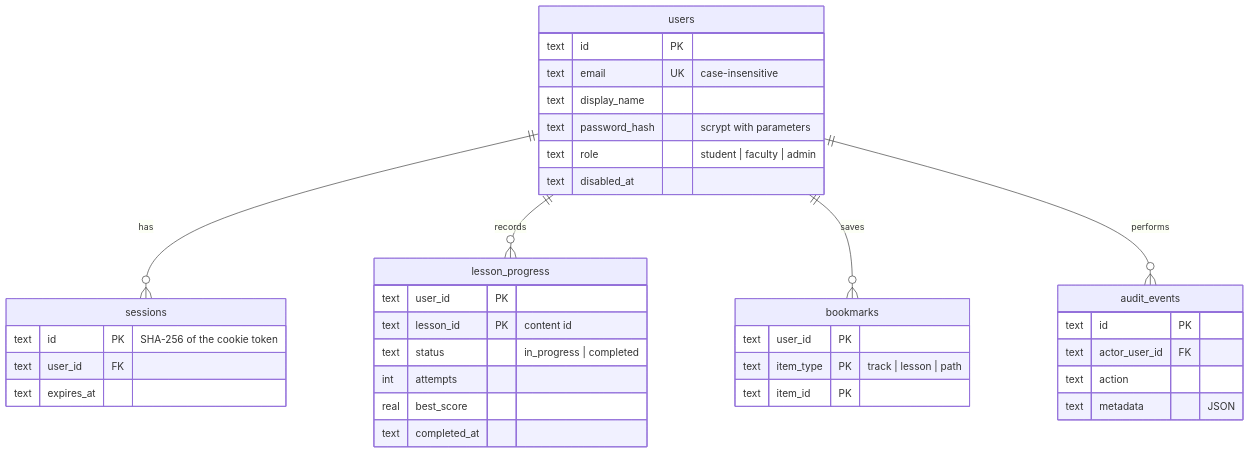
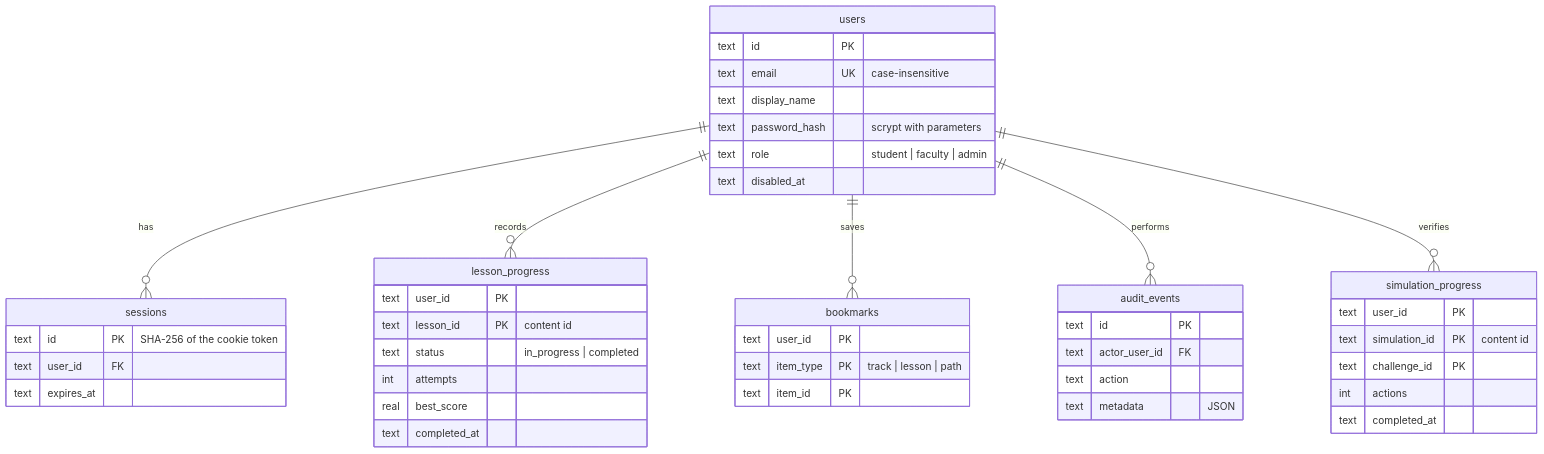
One commit to KartikaySrivastava258/DevForge18 changed the second of 2 diagrams in docs/architecture.md. Above: the diagram before and after it, drawn with Mermaid. The commit also changed other lines of this file and 49 other files, not shown here.

````diff
--- a/docs/architecture.md
+++ b/docs/architecture.md
@@ -51,39 +51,47 @@
 ```mermaid
 erDiagram
   users ||--o{ sessions : has
   users ||--o{ lesson_progress : records
   users ||--o{ bookmarks : saves
   users ||--o{ audit_events : performs
   users {
     text id PK
     text email UK "case-insensitive"
     text display_name
     text password_hash "scrypt with parameters"
     text role "student | faculty | admin"
     text disabled_at
   }
   sessions {
     text id PK "SHA-256 of the cookie token"
     text user_id FK
     text expires_at
   }
   lesson_progress {
     text user_id PK
     text lesson_id PK "content id"
     text status "in_progress | completed"
     int attempts
     real best_score
     text completed_at
   }
   bookmarks {
     text user_id PK
     text item_type PK "track | lesson | path"
     text item_id PK
   }
+  users ||--o{ simulation_progress : verifies
+  simulation_progress {
+    text user_id PK
+    text simulation_id PK "content id"
+    text challenge_id PK
+    int actions
+    text completed_at
+  }
   audit_events {
     text id PK
     text actor_user_id FK
     text action
     text metadata "JSON"
   }
 ```
````
